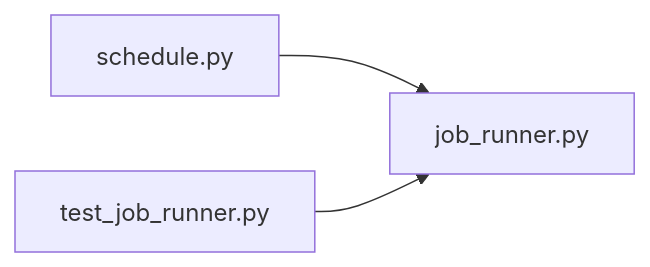
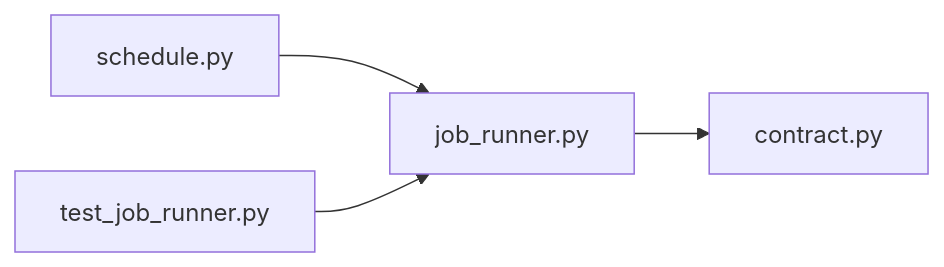
The diagram in .cluedoc/graph/backend/src/backend/api/job_runner.md (minkong-dev/Banblit), drawn with Mermaid before and after one commit. The commit also changed other lines of this file and 48 other files, not shown here.

First line of the commit message:
backend: split file storage into its own module and keep shared literals in contract

````diff
--- a/.cluedoc/graph/backend/src/backend/api/job_runner.md
+++ b/.cluedoc/graph/backend/src/backend/api/job_runner.md
@@ -10,6 +10,7 @@
 ```mermaid
 flowchart LR
   backend_src_backend_api_job_runner["job_runner.py"]
+  backend_src_backend_api_job_runner --> backend_src_backend_contract["contract.py"]
   backend_src_backend_api_routers_schedule["schedule.py"] --> backend_src_backend_api_job_runner
   backend_tests_unit_test_job_runner["test_job_runner.py"] --> backend_src_backend_api_job_runner
 ```
````
